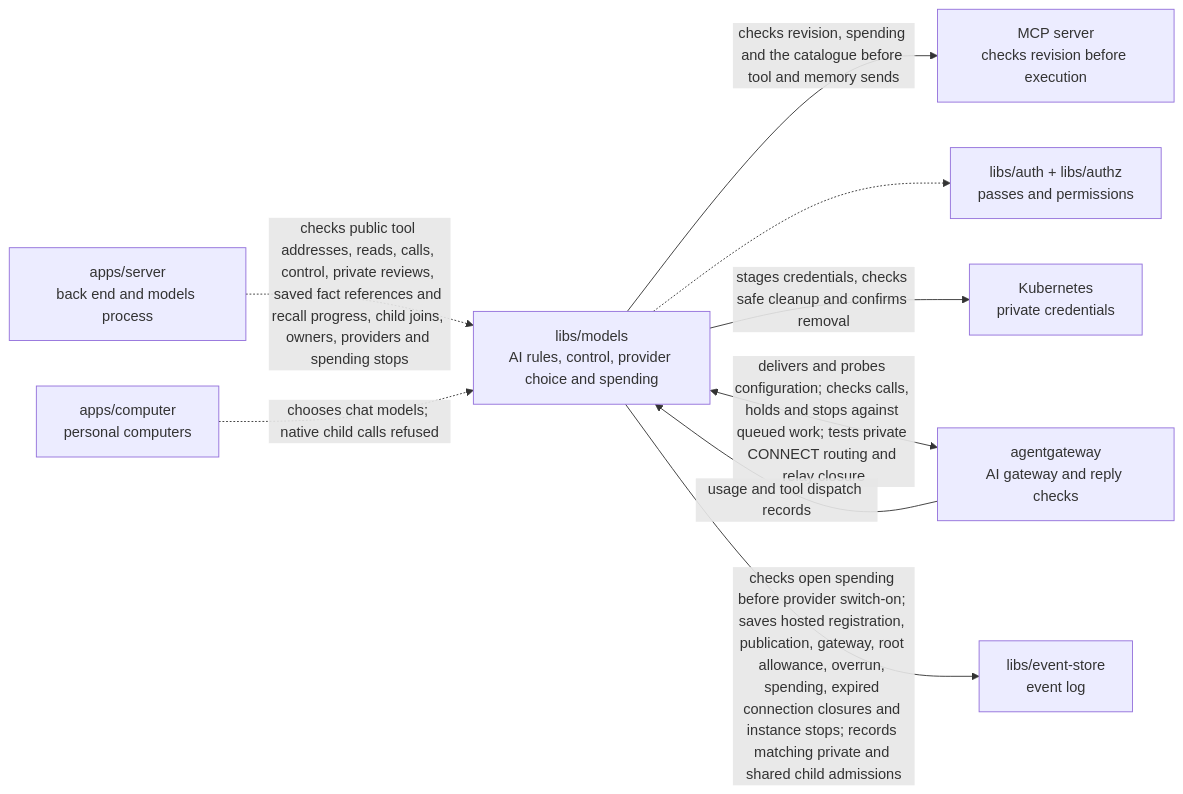
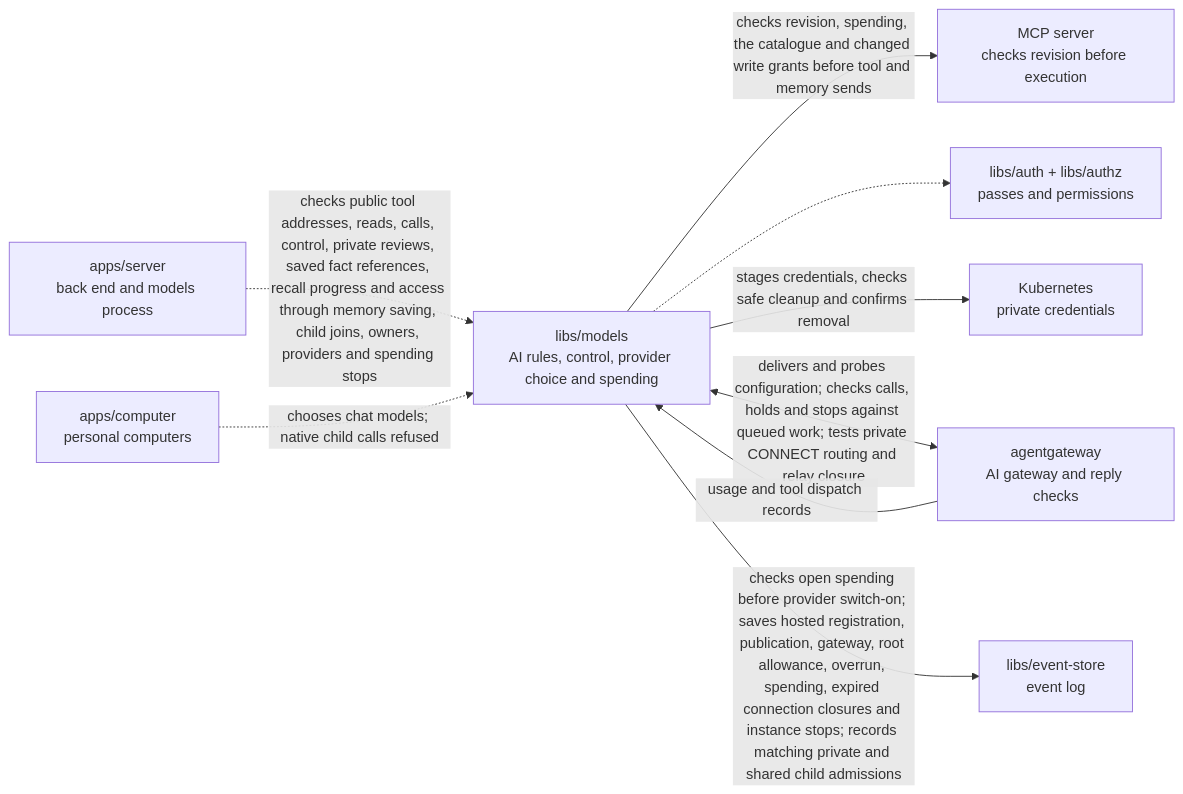
One commit to elewa-git/opencrane-new changed the diagram in libs/models/README.md. Above: the diagram before and after it, drawn with Mermaid. The commit also changed other lines of this file and 17 other files, not shown here.

First line of the commit message:
🧠 Recall proofs match the loaded memory, and an assistant’s memory write needs its full chat history and current rights up to the save (#411)

````diff
--- a/libs/models/README.md
+++ b/libs/models/README.md
@@ -14,11 +14,11 @@
 ```mermaid
 flowchart LR
-  server["apps/server<br/>back end and models process"] -.->|checks public tool addresses, reads, calls, control, private reviews, saved fact references and recall progress, child joins, owners, providers and spending stops| models["libs/models<br/>AI rules, control, provider choice and spending"]
-  models -->|checks revision, spending and the catalogue before tool and memory sends| mcp["MCP server<br/>checks revision before execution"]
+  server["apps/server<br/>back end and models process"] -.->|checks public tool addresses, reads, calls, control, private reviews, saved fact references, recall progress and access through memory saving, child joins, owners, providers and spending stops| models["libs/models<br/>AI rules, control, provider choice and spending"]
+  models -->|checks revision, spending, the catalogue and changed write grants before tool and memory sends| mcp["MCP server<br/>checks revision before execution"]
   computer["apps/computer<br/>personal computers"] -.->|chooses chat models; native child calls refused| models
   models -.-> auth["libs/auth + libs/authz<br/>passes and permissions"]
   models -->|stages credentials, checks safe cleanup and confirms removal| custody["Kubernetes<br/>private credentials"]
   models <-->|delivers and probes configuration; checks calls, holds and stops against queued work; tests private CONNECT routing and relay closure| gateway["agentgateway<br/>AI gateway and reply checks"]
   gateway -->|usage and tool dispatch records| models
   models -->|checks open spending before provider switch-on; saves hosted registration, publication, gateway, root allowance, overrun, spending, expired connection closures and instance stops; records matching private and shared child admissions| store["libs/event-store<br/>event log"]
 ```
````
